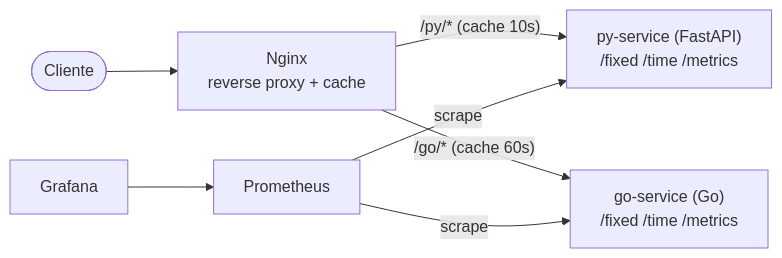
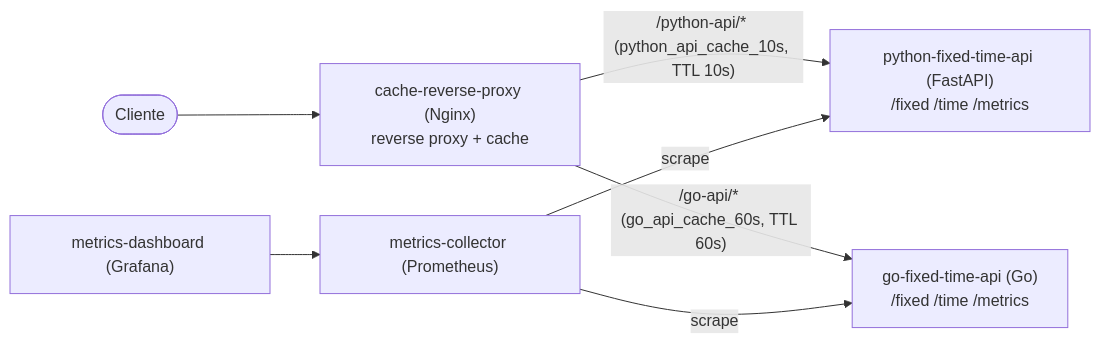
The first of 2 diagrams in diagrams/architecture.md (Soulmatchapp/desafio-devops-globo-2026), drawn with Mermaid before and after one commit. The commit also changed other lines of this file and 23 other files, not shown here.

````diff
--- a/diagrams/architecture.md
+++ b/diagrams/architecture.md
@@ -7,9 +7,9 @@
 ```mermaid
 flowchart LR
-    Client([Cliente]) --> Nginx["Nginx<br/>reverse proxy + cache"]
-    Nginx -- "/py/* (cache 10s)" --> Py["py-service (FastAPI)<br/>/fixed /time /metrics"]
-    Nginx -- "/go/* (cache 60s)" --> Go["go-service (Go)<br/>/fixed /time /metrics"]
-    Prometheus["Prometheus"] -- scrape --> Py
-    Prometheus -- scrape --> Go
-    Grafana["Grafana"] --> Prometheus
+    Client([Cliente]) --> Proxy["cache-reverse-proxy (Nginx)<br/>reverse proxy + cache"]
+    Proxy -- "/python-api/* (python_api_cache_10s, TTL 10s)" --> Py["python-fixed-time-api (FastAPI)<br/>/fixed /time /metrics"]
+    Proxy -- "/go-api/* (go_api_cache_60s, TTL 60s)" --> Go["go-fixed-time-api (Go)<br/>/fixed /time /metrics"]
+    Collector["metrics-collector (Prometheus)"] -- scrape --> Py
+    Collector -- scrape --> Go
+    Dashboard["metrics-dashboard (Grafana)"] --> Collector
 ```
````
